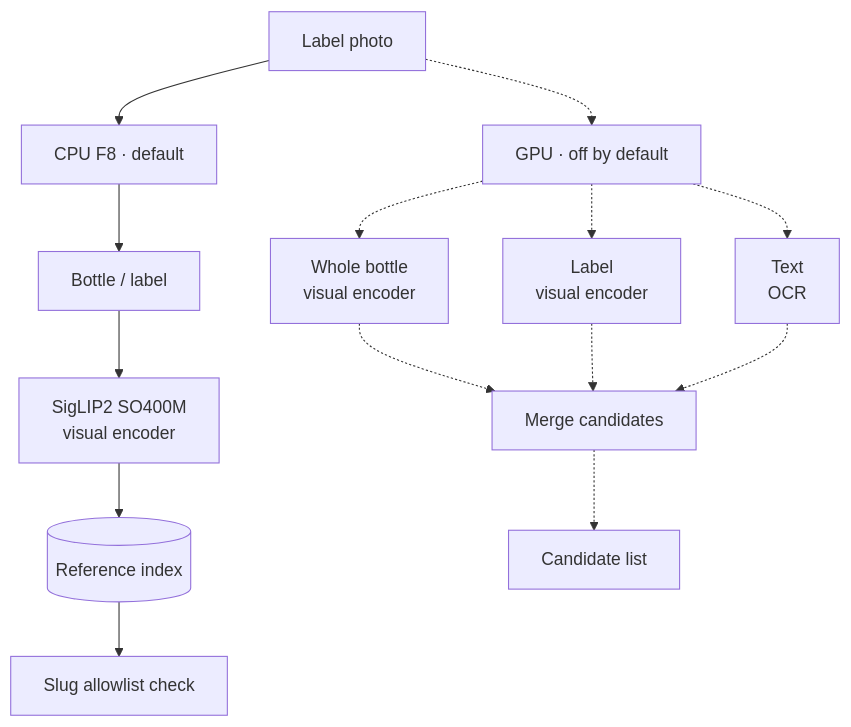
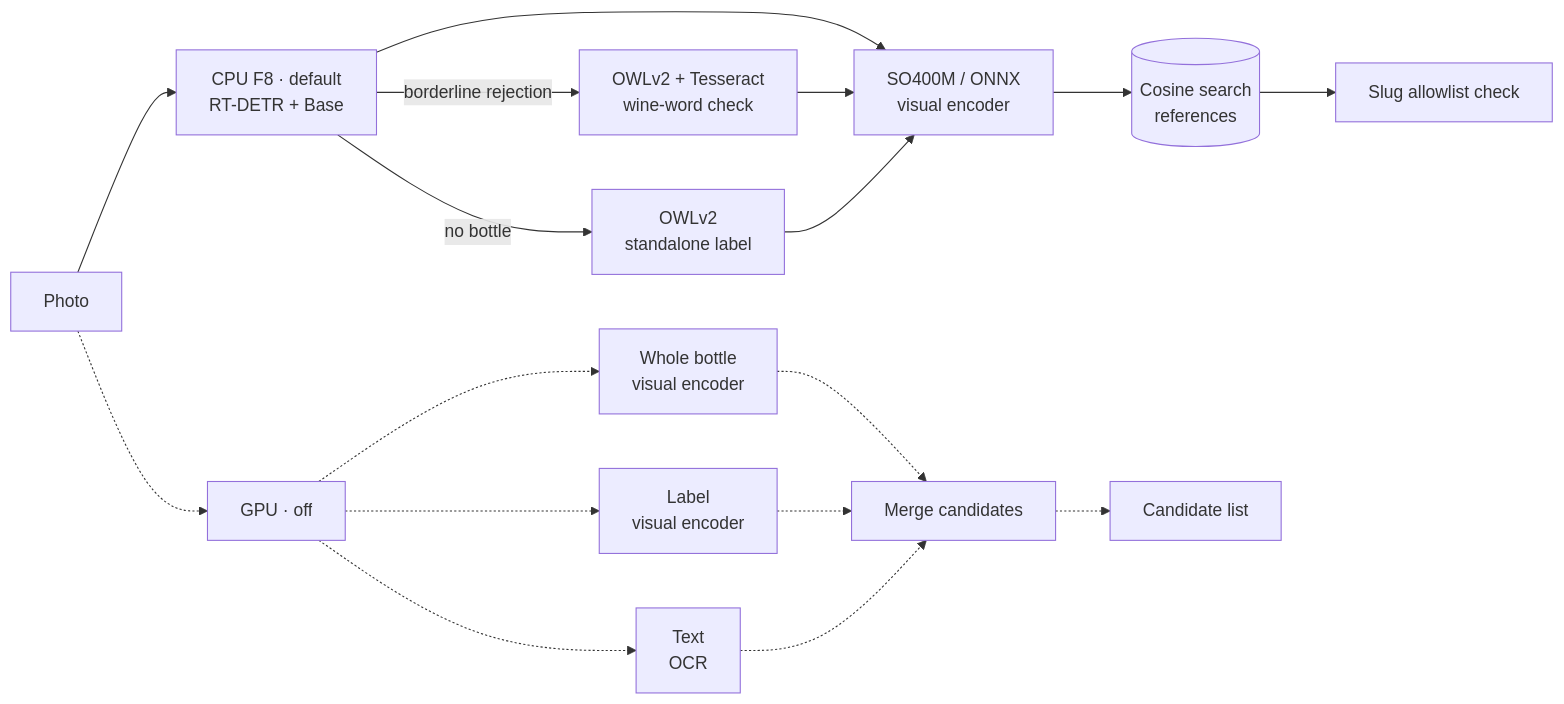
Before and after one commit to ai-babai/brutforce: the first of 2 diagrams in README.en.md, drawn with Mermaid. The commit also changed other lines of this file and 1 other file, not shown here.

Commit message:
Expand CPU flow and compact README diagrams [skip ci]

````diff
--- a/README.en.md
+++ b/README.en.md
@@ -88,14 +89,16 @@
 ```mermaid
-flowchart TB
-    photo["Label photo"] --> cpu["CPU F8 · default"]
-    cpu --> target["Bottle / label"] --> cpuEncoder["SigLIP2 SO400M<br/>visual encoder"]
-    cpuEncoder --> references[("Reference index")] --> slug["Slug allowlist check"]
-    photo -.-> gpu["GPU · off by default"]
+flowchart LR
+    photo["Photo"] --> cpu["CPU F8 · default<br/>RT-DETR + Base"]
+    cpu --> encoder["SO400M / ONNX<br/>visual encoder"] --> references[("Cosine search<br/>references")]
+    references --> slug["Slug allowlist check"]
+    cpu -->|borderline rejection| ocr["OWLv2 + Tesseract<br/>wine-word check"] --> encoder
+    cpu -->|no bottle| labelCrop["OWLv2<br/>standalone label"] --> encoder
+    photo -.-> gpu["GPU · off"]
     gpu -.-> bottle["Whole bottle<br/>visual encoder"]
     gpu -.-> label["Label<br/>visual encoder"]
     gpu -.-> text["Text<br/>OCR"]
     bottle -.-> merge["Merge candidates"]
     label -.-> merge
     text -.-> merge
     merge -.-> candidates["Candidate list"]
 ```
````
